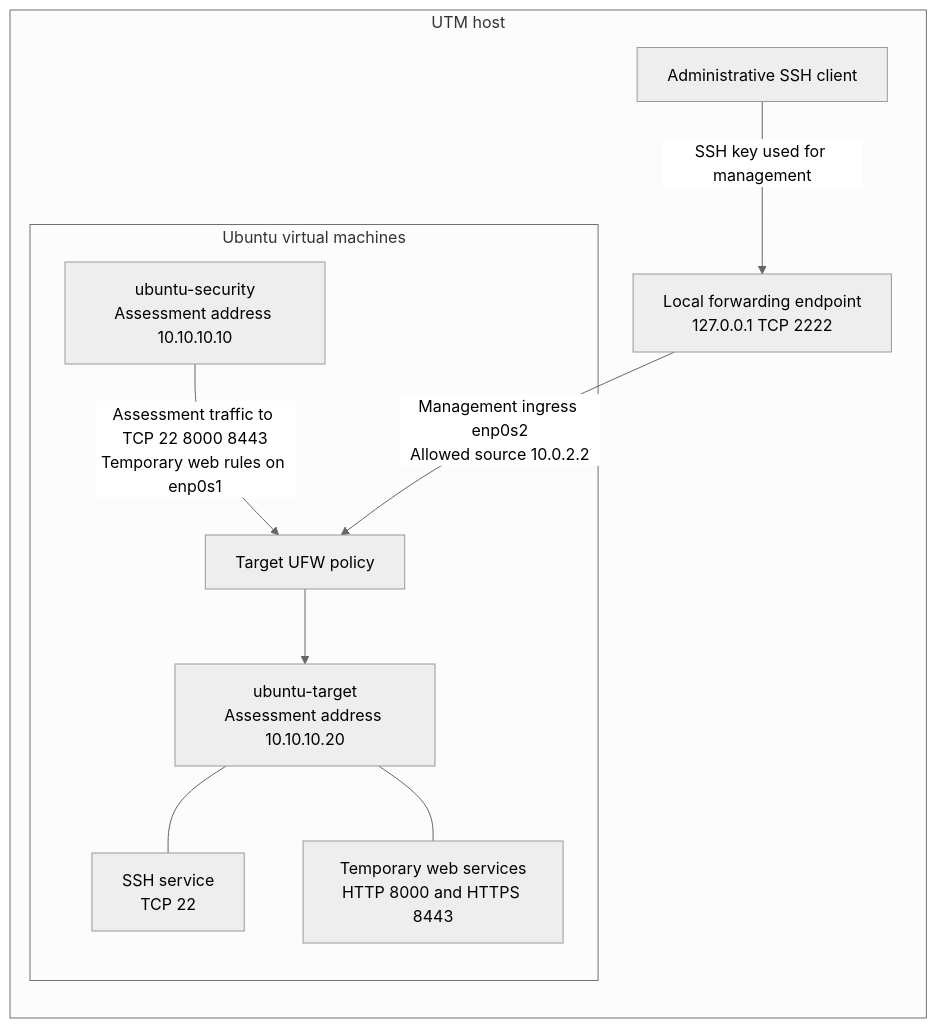
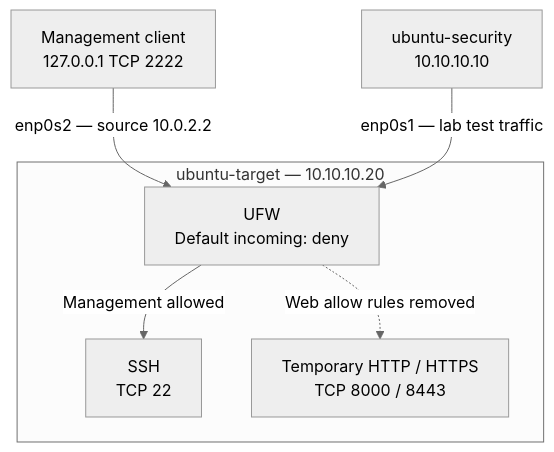
Before and after one commit to yukseladil1-eng/network-security-assessment-lab: the diagram in network-architecture.md, drawn with Mermaid (neutral theme). The commit also changed other lines of this file, not shown here.

Commit message:
Improve network diagram readability and label final service state

````diff
--- a/network-architecture.md
+++ b/network-architecture.md
@@ -5,20 +5,14 @@
 ```mermaid
-flowchart LR
-    subgraph HOST[UTM host]
-        ADMIN[Administrative SSH client]
-        FORWARD[Local forwarding endpoint<br/>127.0.0.1 TCP 2222]
-        ADMIN -->|SSH key used for management| FORWARD
-        subgraph VMS[Ubuntu virtual machines]
-            SECURITY[ubuntu-security<br/>Assessment address 10.10.10.10]
-            FILTER[Target UFW policy]
-            TARGET[ubuntu-target<br/>Assessment address 10.10.10.20]
-            SSH[SSH service<br/>TCP 22]
-            WEB[Temporary web services<br/>HTTP 8000 and HTTPS 8443]
-            SECURITY -->|Assessment traffic to TCP 22 8000 8443<br/>Temporary web rules on enp0s1| FILTER
-            FILTER --> TARGET
-            TARGET --- SSH
-            TARGET --- WEB
-        end
-        FORWARD -->|Management ingress enp0s2<br/>Allowed source 10.0.2.2| FILTER
+flowchart TB
+    ADMIN["Management client<br/>127.0.0.1 TCP 2222"]
+    SECURITY["ubuntu-security<br/>10.10.10.10"]
+    subgraph TARGET["ubuntu-target — 10.10.10.20"]
+        UFW["UFW<br/>Default incoming: deny"]
+        SSH["SSH<br/>TCP 22"]
+        WEB["Temporary HTTP / HTTPS<br/>TCP 8000 / 8443"]
+        UFW -->|Management allowed| SSH
+        UFW -.->|Web allow rules removed| WEB
     end
+    ADMIN -->|enp0s2 — source 10.0.2.2| UFW
+    SECURITY -->|enp0s1 — lab test traffic| UFW
 ```
````
